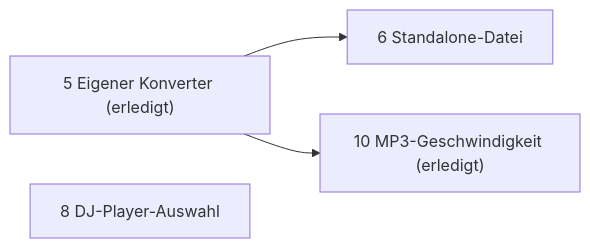
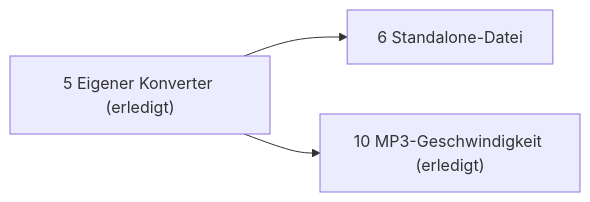
Before and after one commit to Senci/audio-konverter: the diagram in wiki/offen.md, drawn with Mermaid. The commit also changed other lines of this file, not shown here.

````diff
--- a/wiki/offen.md
+++ b/wiki/offen.md
@@ -3,6 +3,5 @@
 ```mermaid
 flowchart LR
     K["5 Eigener Konverter (erledigt)"] --> S["6 Standalone-Datei"]
     K --> R["10 MP3-Geschwindigkeit (erledigt)"]
-    D["8 DJ-Player-Auswahl"]
 ```
````
